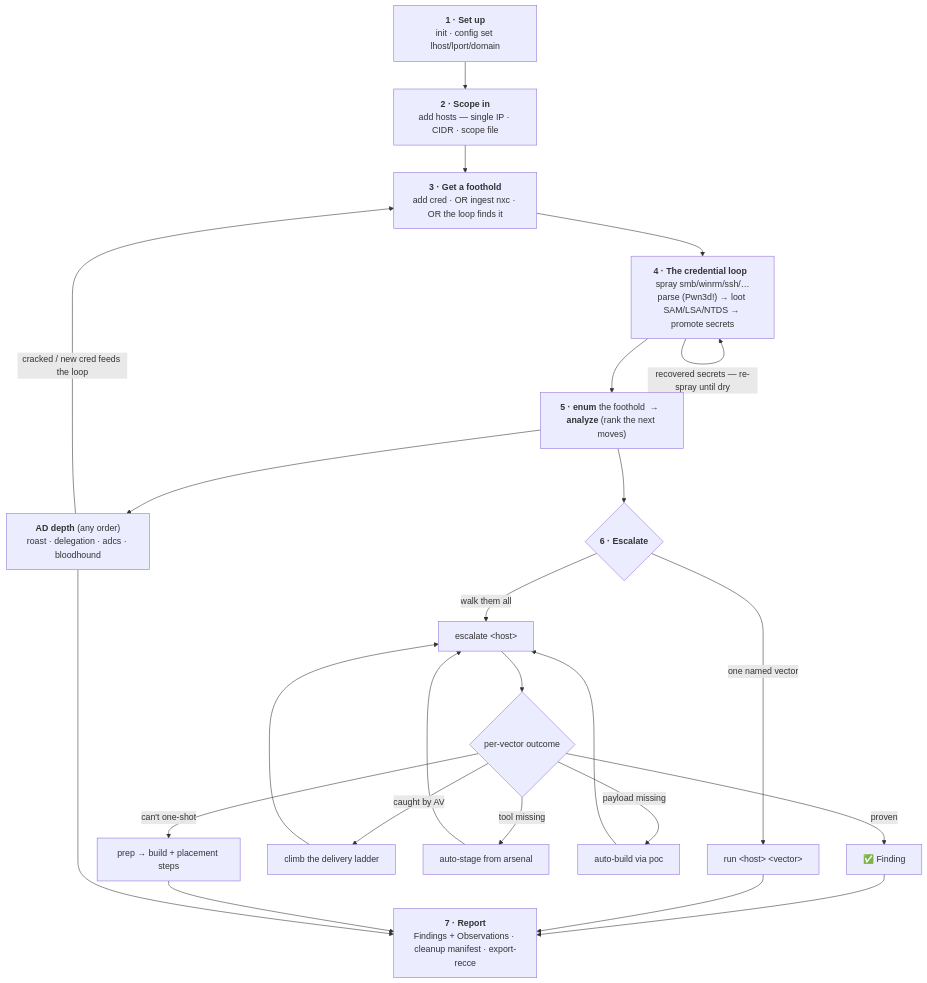
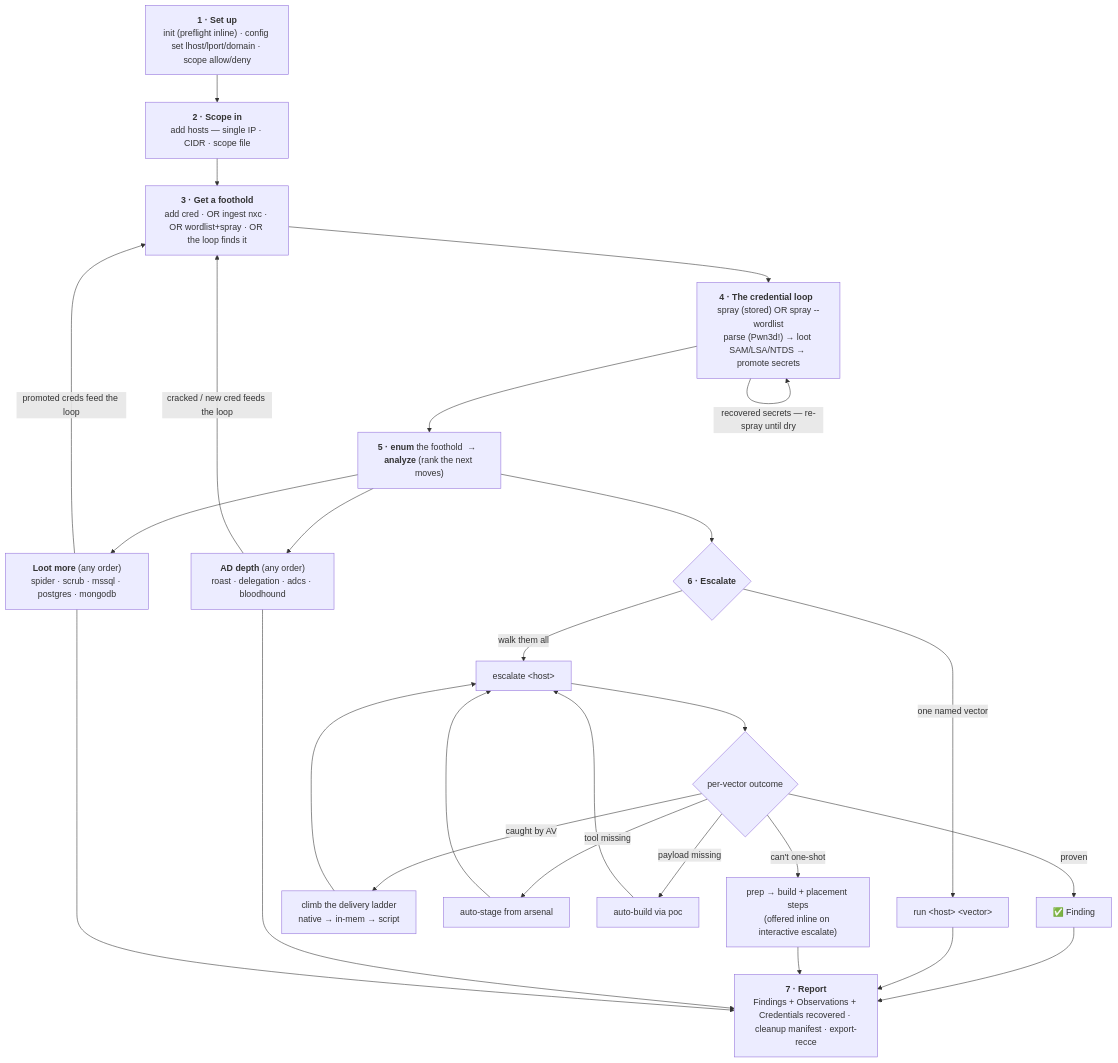
One commit to dloucks01/fieldkit changed the diagram in WORKFLOW.md. Above: the diagram before and after it, drawn with Mermaid. The commit also changed other lines of this file and 1 other file, not shown here.

````diff
--- a/WORKFLOW.md
+++ b/WORKFLOW.md
@@ -9,27 +10,30 @@
 ```mermaid
 flowchart TD
-    A["<b>1 · Set up</b><br/>init · config set lhost/lport/domain"]
+    A["<b>1 · Set up</b><br/>init (preflight inline) · config set lhost/lport/domain · scope allow/deny"]
     A --> B["<b>2 · Scope in</b><br/>add hosts — single IP · CIDR · scope file"]
-    B --> C["<b>3 · Get a foothold</b><br/>add cred · OR ingest nxc · OR the loop finds it"]
-    C --> D["<b>4 · The credential loop</b>  spray smb/winrm/ssh/…<br/>parse (Pwn3d!) → loot SAM/LSA/NTDS → promote secrets"]
+    B --> C["<b>3 · Get a foothold</b><br/>add cred · OR ingest nxc · OR wordlist+spray · OR the loop finds it"]
+    C --> D["<b>4 · The credential loop</b>  spray (stored) OR spray --wordlist<br/>parse (Pwn3d!) → loot SAM/LSA/NTDS → promote secrets"]
     D -->|"recovered secrets — re-spray until dry"| D
     D --> E["<b>5 · enum</b> the foothold  →  <b>analyze</b> (rank the next moves)"]
     E --> F{"<b>6 · Escalate</b>"}
     F -->|"one named vector"| G["run &lt;host&gt; &lt;vector&gt;"]
     F -->|"walk them all"| H["escalate &lt;host&gt;"]
     H --> I{"per-vector outcome"}
     I -->|proven| J["✅ Finding"]
-    I -->|"caught by AV"| K["climb the delivery ladder"]
+    I -->|"caught by AV"| K["climb the delivery ladder<br/>native → in-mem → script"]
     I -->|"tool missing"| L["auto-stage from arsenal"]
     I -->|"payload missing"| M["auto-build via poc"]
-    I -->|"can't one-shot"| N["prep → build + placement steps"]
+    I -->|"can't one-shot"| N["prep → build + placement steps<br/>(offered inline on interactive escalate)"]
     K --> H
     L --> H
     M --> H
+    E --> Q["<b>Loot more</b> (any order)<br/>spider · scrub · mssql · postgres · mongodb"]
+    Q -->|"promoted creds feed the loop"| C
     E --> O["<b>AD depth</b> (any order)<br/>roast · delegation · adcs · bloodhound"]
     O -->|"cracked / new cred feeds the loop"| C
-    J --> P["<b>7 · Report</b><br/>Findings + Observations · cleanup manifest · export-recce"]
+    J --> P["<b>7 · Report</b><br/>Findings + Observations + Credentials recovered · cleanup manifest · export-recce"]
     G --> P
     N --> P
     O --> P
+    Q --> P
 ```
````
